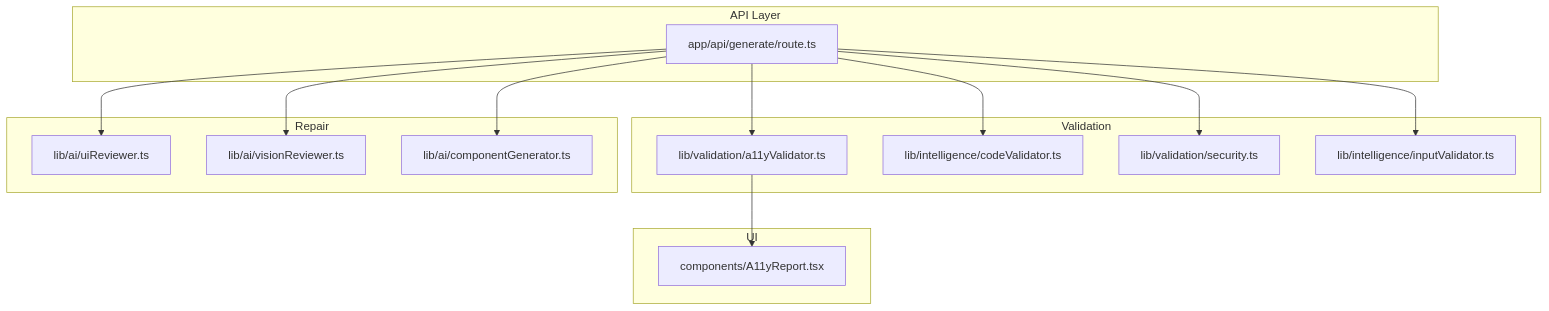
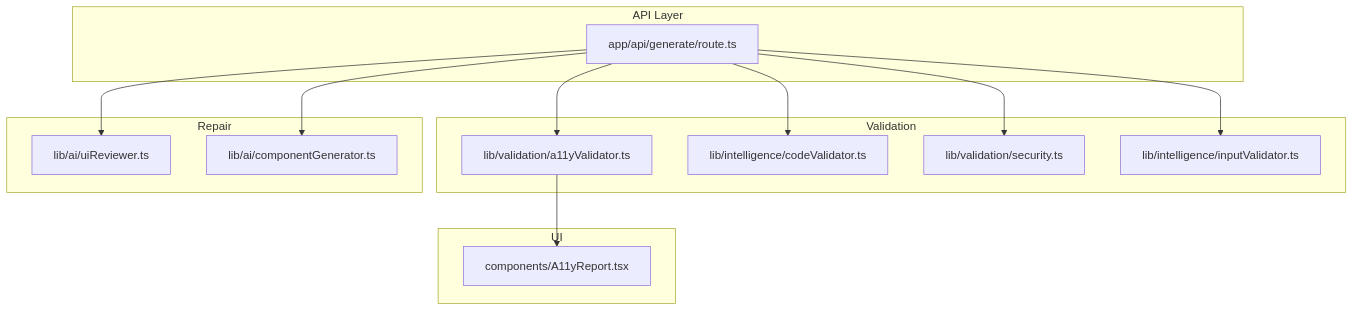
The first of 8 diagrams in .qoder/repowiki/en/content/AI Generation Engine/Core Generation Pipeline/Validation & Repair System.md (shekhargiri005-dotcom/AI-powered-accessibility-first-UI-engine), drawn with Mermaid before and after one commit. The commit also changed other lines of this file and 38 other files, not shown here.

````diff
--- a/.qoder/repowiki/en/content/AI Generation Engine/Core Generation Pipeline/Validation & Repair System.md
+++ b/.qoder/repowiki/en/content/AI Generation Engine/Core Generation Pipeline/Validation & Repair System.md
@@ -46,28 +54,26 @@
 ```mermaid
 graph TB
 subgraph "API Layer"
 R["app/api/generate/route.ts"]
 end
 subgraph "Validation"
 AV["lib/validation/a11yValidator.ts"]
 CV["lib/intelligence/codeValidator.ts"]
 SEC["lib/validation/security.ts"]
 IV["lib/intelligence/inputValidator.ts"]
 end
 subgraph "Repair"
 UR["lib/ai/uiReviewer.ts"]
-VR["lib/ai/visionReviewer.ts"]
 CG["lib/ai/componentGenerator.ts"]
 end
 subgraph "UI"
 AR["components/A11yReport.tsx"]
 end
 R --> IV
 R --> CV
 R --> SEC
 R --> AV
-R --> VR
 R --> UR
 R --> CG
 AV --> AR
 ```
````
